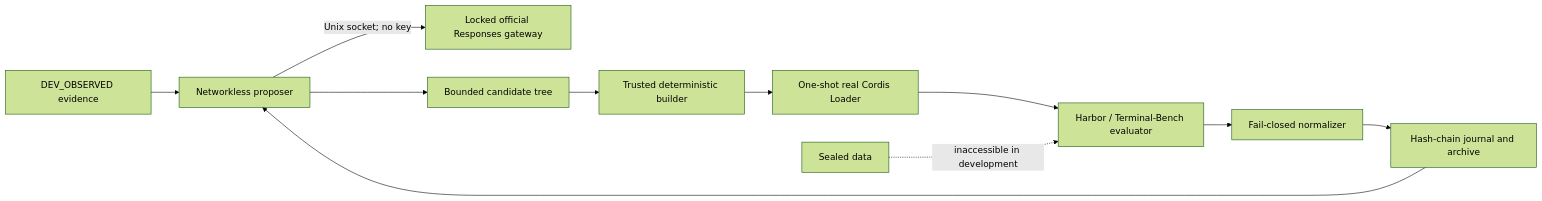
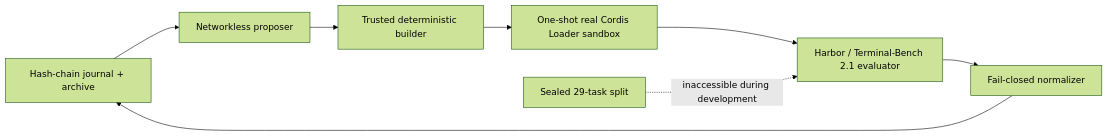
One commit to xingye12/dsh-evolve-le changed the diagram in README.md. Above: the diagram before and after it, drawn with Mermaid (forest theme). The commit also changed other lines of this file and 19 other files, not shown here.

````diff
--- a/README.md
+++ b/README.md
@@ -26,13 +27,10 @@
 ```mermaid
 flowchart LR
-  E[DEV_OBSERVED evidence] --> P[Networkless proposer]
-  P -->|Unix socket; no key| G[Locked official Responses gateway]
-  P --> C[Bounded candidate tree]
-  C --> B[Trusted deterministic builder]
-  B --> L[One-shot real Cordis Loader]
-  L --> H[Harbor / Terminal-Bench evaluator]
+  J[Hash-chain journal + archive] --> P[Networkless proposer]
+  P --> B[Trusted deterministic builder]
+  B --> L[One-shot real Cordis Loader sandbox]
+  L --> H[Harbor / Terminal-Bench 2.1 evaluator]
   H --> N[Fail-closed normalizer]
-  N --> J[Hash-chain journal and archive]
-  J --> P
-  S[Sealed data] -. inaccessible in development .-> H
+  N --> J
+  S[Sealed 29-task split] -. inaccessible during development .-> H
 ```
````
